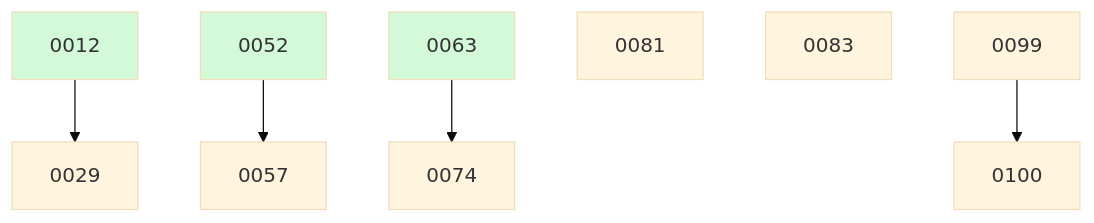
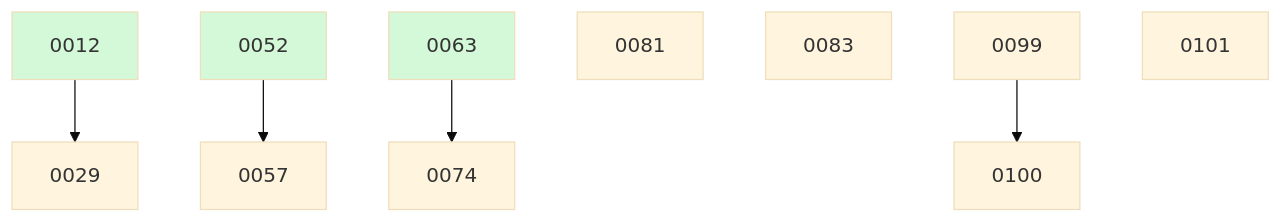
One commit to ethanhinson/fuse changed the diagram in docs/changes/BOARD.md. Above: the diagram before and after it, drawn with Mermaid (base theme). The commit also changed other lines of this file and 1 other file, not shown here.

````diff
--- a/docs/changes/BOARD.md
+++ b/docs/changes/BOARD.md
@@ -32,14 +33,15 @@
 ```mermaid
 graph TD
   0012 --> 0029
   0052 --> 0057
   0063 --> 0074
   0081
   0083
   0099
   0099 --> 0100
+  0101
   0012:::done
   0052:::done
   0063:::done
   classDef done fill:#d3f9d8;
 ```
````
